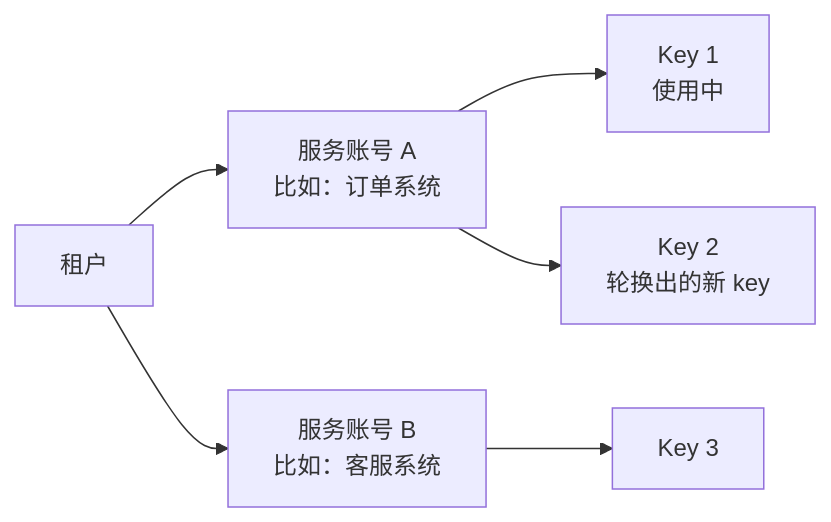
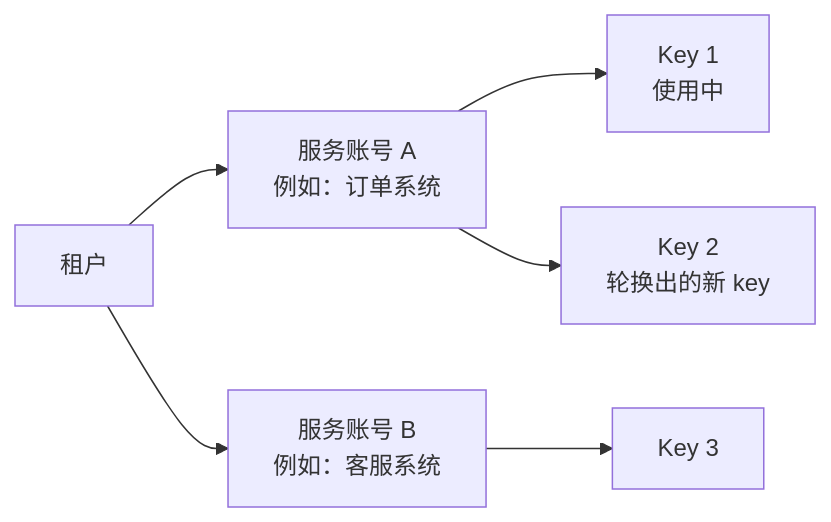
Before and after one commit to deepaihealth/expert-work: the first of 2 diagrams in apps/admin-ui/docs-site/guide/auth.md, drawn with Mermaid. The commit also changed other lines of this file and 2 other files, not shown here.

````diff
--- a/apps/admin-ui/docs-site/guide/auth.md
+++ b/apps/admin-ui/docs-site/guide/auth.md
@@ -9,8 +9,8 @@
 ```mermaid
 flowchart LR
-    T[租户] --> SA1[服务账号 A<br/>比如：订单系统]
-    T --> SA2[服务账号 B<br/>比如：客服系统]
+    T[租户] --> SA1[服务账号 A<br/>例如：订单系统]
+    T --> SA2[服务账号 B<br/>例如：客服系统]
     SA1 --> K1[Key 1<br/>使用中]
     SA1 --> K2[Key 2<br/>轮换出的新 key]
     SA2 --> K3[Key 3]
 ```
````
